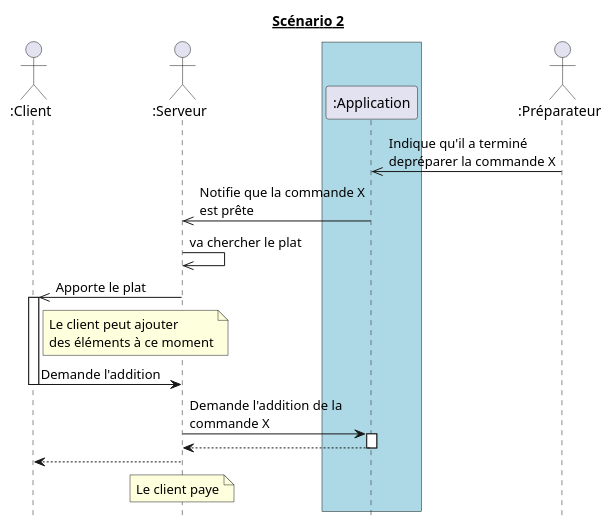
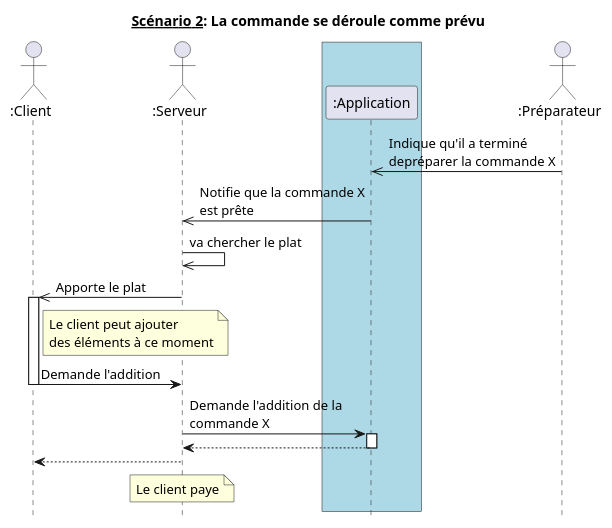
The diagram in diagrammes_sequences/ds2.md (hulskenA/GL-Les_seigneurs_du_resto), drawn with PlantUML before and after one commit. The commit also changed 14 other files, not shown here.

````diff
--- a/diagrammes_sequences/ds2.md
+++ b/diagrammes_sequences/ds2.md
@@ -1,37 +1,37 @@
 ```puml
 @startuml
 hide footbox
-title __Scénario 2__
+title __Scénario 2__: La commande se déroule comme prévu
 
 actor ":Client" as Client order 10
 actor ":Serveur" as Serveur order 20
 actor ":Préparateur" as Préparateur order 40
 
 box #Lightblue
   participant ":Application" as app order 30
 endbox
 
 Préparateur ->> app : Indique qu'il a terminé\ndepréparer la commande X
 
 app ->> Serveur : Notifie que la commande X\nest prête
 Serveur ->> Serveur : va chercher le plat
 Serveur ->> Client : Apporte le plat
 activate Client
 note right Client
   Le client peut ajouter
   des éléments à ce moment
 end note
 Client -> Serveur : Demande l'addition
 deactivate Client
 
 Serveur -> app : Demande l'addition de la\ncommande X
 activate app
 app --> Serveur
 deactivate app
 Serveur --> Client
 note over Serveur
   Le client paye
 end note
 
 @enduml
 ```
````
